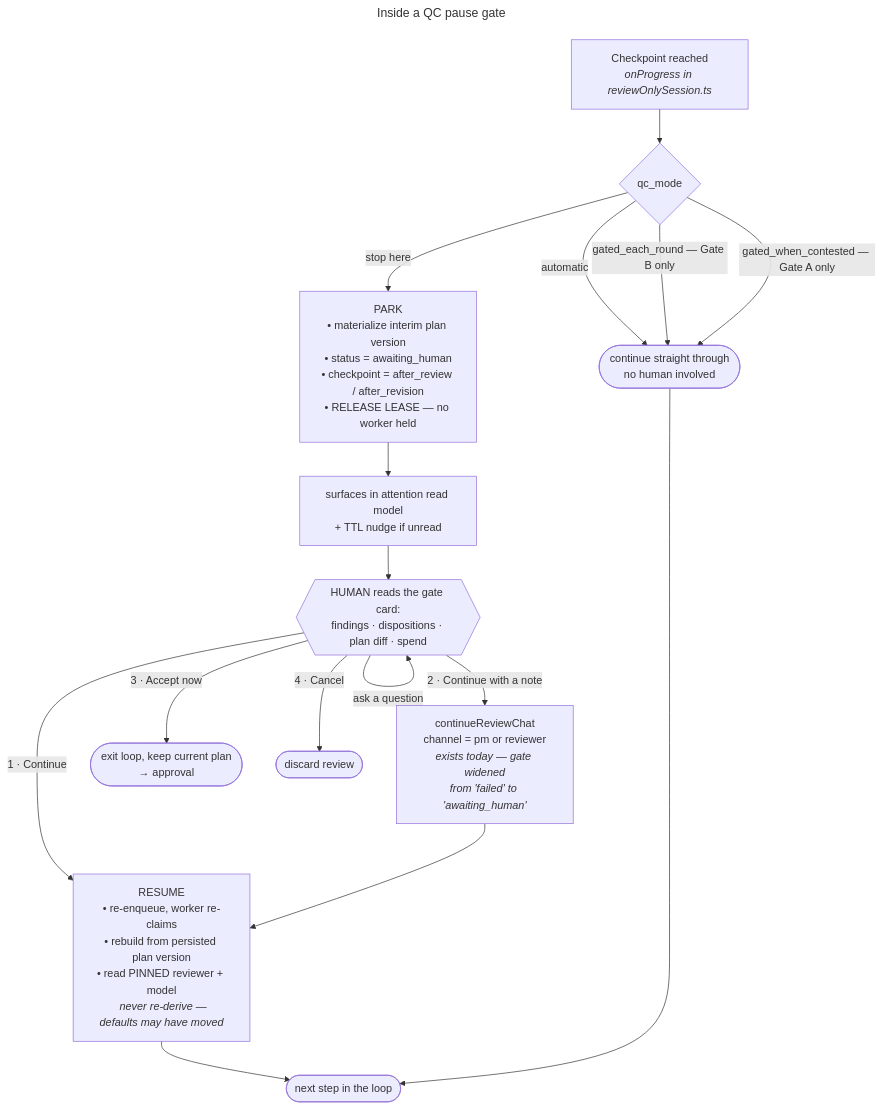
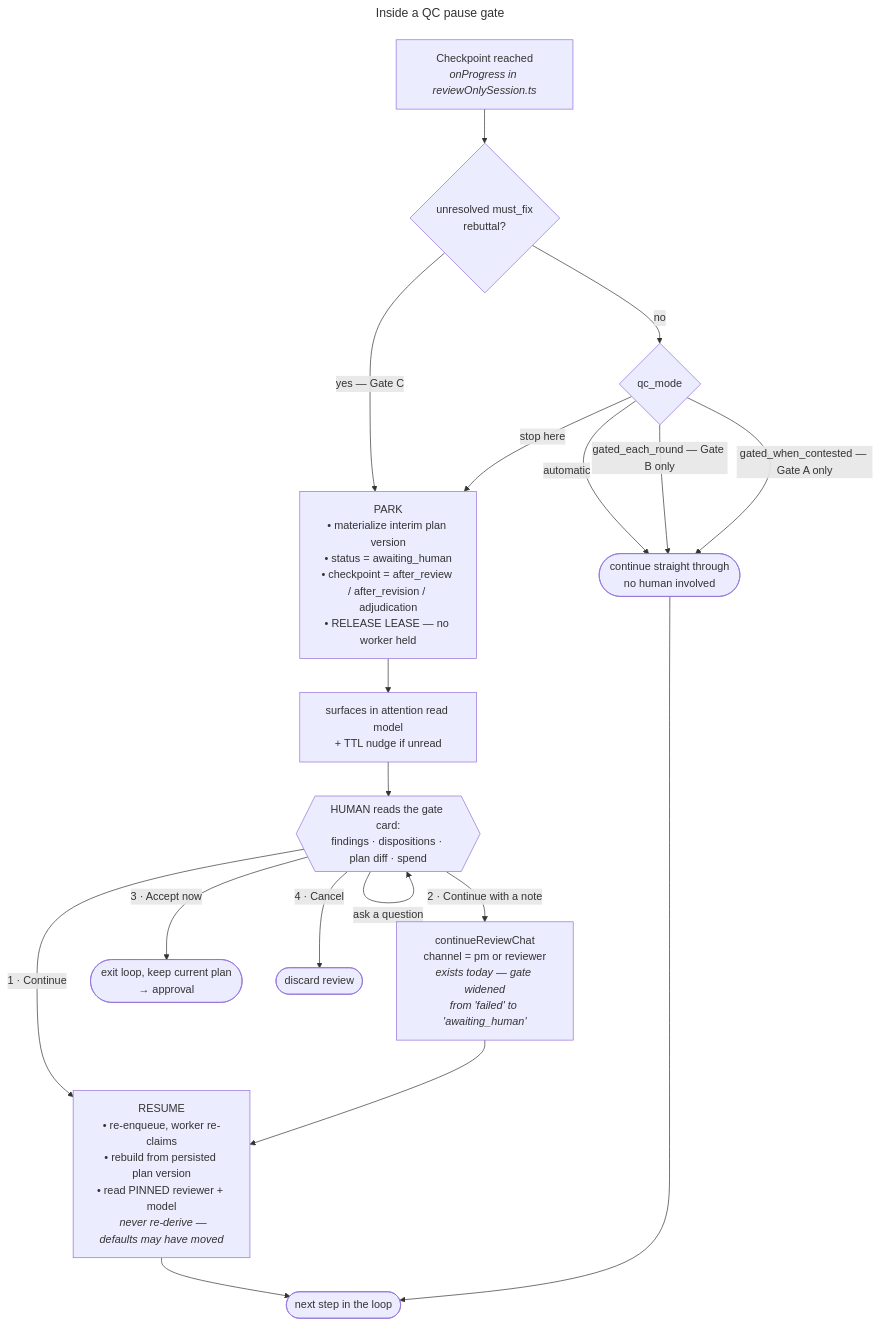
One commit to ruggerdude/TheNorns changed the second of 2 diagrams in docs/QC-PAUSE-POINTS.md. Above: the diagram before and after it, drawn with Mermaid. The commit also changed other lines of this file, not shown here.

First line of the commit message:
docs: resolve QC pause-point open questions, add mandatory adjudication gate

````diff
--- a/docs/QC-PAUSE-POINTS.md
+++ b/docs/QC-PAUSE-POINTS.md
@@ -77,29 +90,32 @@
 ```mermaid
 ---
 title: "Inside a QC pause gate"
 ---
 flowchart TD
-    hit["Checkpoint reached<br/><i>onProgress in reviewOnlySession.ts</i>"] --> mode{"qc_mode"}
+    hit["Checkpoint reached<br/><i>onProgress in reviewOnlySession.ts</i>"] --> adj{"unresolved must_fix<br/>rebuttal?"}
+
+    adj -->|"yes — Gate C"| park
+    adj -->|no| mode{"qc_mode"}
 
     mode -->|"automatic"| skip
     mode -->|"gated_each_round — Gate B only"| skip
     mode -->|"gated_when_contested — Gate A only"| skip
     mode -->|"stop here"| park
 
     skip(["continue straight through<br/>no human involved"])
 
-    park["PARK<br/>• materialize interim plan version<br/>• status = awaiting_human<br/>• checkpoint = after_review / after_revision<br/>• RELEASE LEASE — no worker held"]
+    park["PARK<br/>• materialize interim plan version<br/>• status = awaiting_human<br/>• checkpoint = after_review / after_revision / adjudication<br/>• RELEASE LEASE — no worker held"]
     park --> inbox["surfaces in attention read model<br/>+ TTL nudge if unread"]
     inbox --> card{{"HUMAN reads the gate card:<br/>findings · dispositions · plan diff · spend"}}
 
     card -->|"1 · Continue"| resume
     card -->|"2 · Continue with a note"| note["continueReviewChat<br/>channel = pm or reviewer<br/><i>exists today — gate widened<br/>from 'failed' to 'awaiting_human'</i>"]
     note --> resume
     card -->|"3 · Accept now"| accept(["exit loop, keep current plan<br/>→ approval"])
     card -->|"4 · Cancel"| cancel(["discard review"])
     card -->|"ask a question"| card
 
     resume["RESUME<br/>• re-enqueue, worker re-claims<br/>• rebuild from persisted plan version<br/>• read PINNED reviewer + model<br/>  <i>never re-derive — defaults may have moved</i>"]
     resume --> nextstep(["next step in the loop"])
     skip --> nextstep
 ```
````
